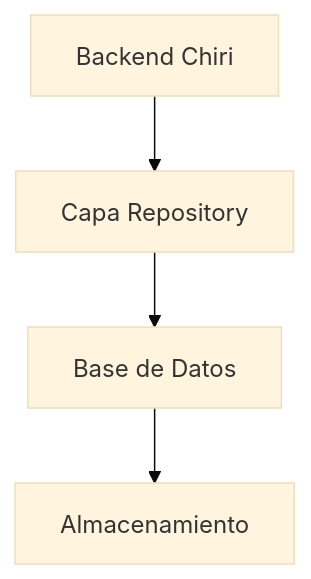
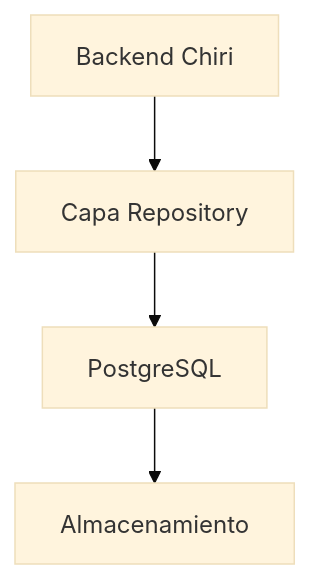
Before and after one commit to chirijose79-ui/Chiri: the first of 5 diagrams in docs/210_BaseDatos_Implementacion.md, drawn with Mermaid (base theme). The commit also changed other lines of this file, not shown here.

Commit message:
docs(database): add database implementation architecture

````diff
--- a/docs/210_BaseDatos_Implementacion.md
+++ b/docs/210_BaseDatos_Implementacion.md
@@ -39,11 +75,12 @@
-```mermaid id="a7q3mx"
+```mermaid
 flowchart TD
+
+    Backend["Backend Chiri"]
+    Repository["Capa Repository"]
+    Database["PostgreSQL"]
+    Storage["Almacenamiento"]
+
     Backend --> Repository
     Repository --> Database
     Database --> Storage
-
-    Backend["Backend Chiri"]
-    Repository["Capa Repository"]
-    Database["Base de Datos"]
-    Storage["Almacenamiento"]
 ```
````
